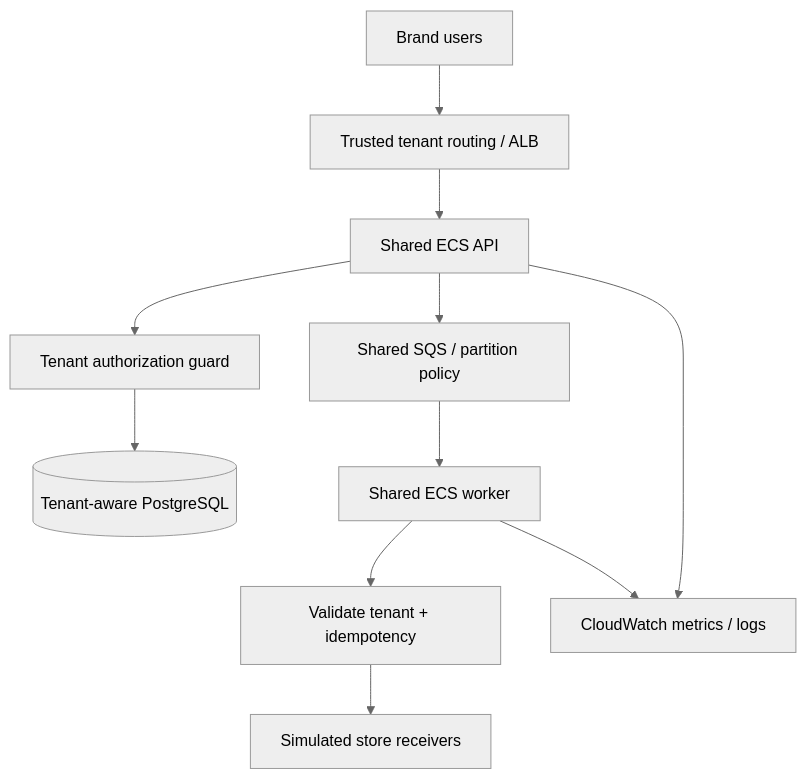
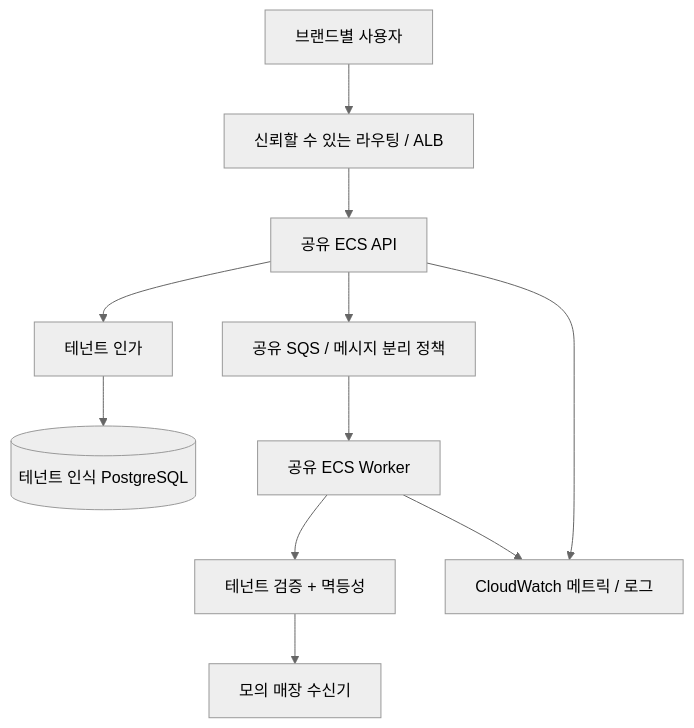
Before and after one commit to HwangChulHee/multi-tenant-saas-modernization: the second of 2 diagrams in docs/02-architecture.md, drawn with Mermaid (neutral theme). The commit also changed other lines of this file, not shown here.

Commit message:
docs: translate docs/02-architecture.md into Korean

````diff
--- a/docs/02-architecture.md
+++ b/docs/02-architecture.md
@@ -25,13 +25,13 @@
 ```mermaid
 flowchart TB
-  U[Brand users] --> R[Trusted tenant routing / ALB]
-  R --> API[Shared ECS API]
-  API --> AUTH[Tenant authorization guard]
-  AUTH --> DS[(Tenant-aware PostgreSQL)]
-  API --> Q[Shared SQS / partition policy]
-  Q --> W[Shared ECS worker]
-  W --> GUARD[Validate tenant + idempotency]
-  GUARD --> POS[Simulated store receivers]
-  API --> OBS[CloudWatch metrics / logs]
+  U[브랜드별 사용자] --> R[신뢰할 수 있는 라우팅 / ALB]
+  R --> API[공유 ECS API]
+  API --> AUTH[테넌트 인가]
+  AUTH --> DS[(테넌트 인식 PostgreSQL)]
+  API --> Q[공유 SQS / 메시지 분리 정책]
+  Q --> W[공유 ECS Worker]
+  W --> GUARD[테넌트 검증 + 멱등성]
+  GUARD --> POS[모의 매장 수신기]
+  API --> OBS[CloudWatch 메트릭 / 로그]
   W --> OBS
 ```
````
